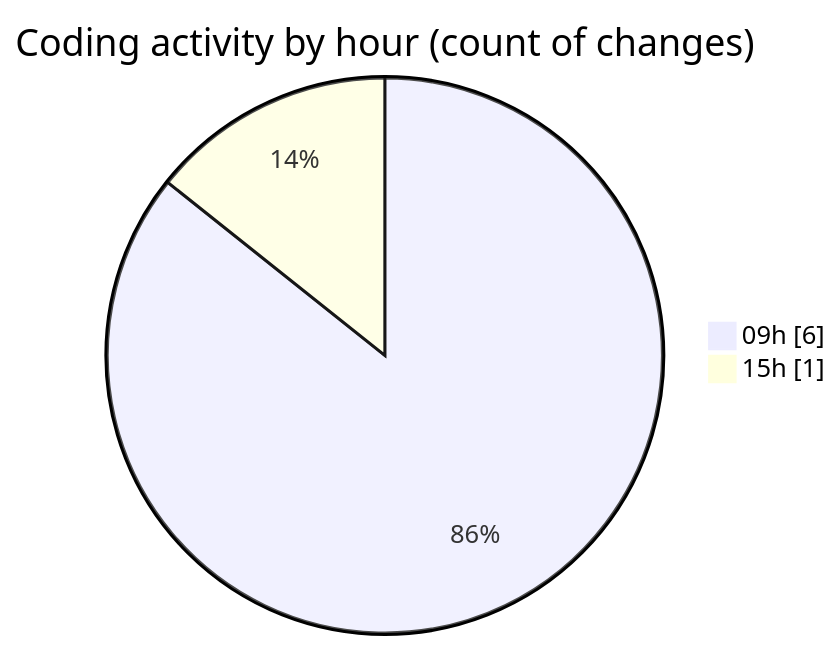
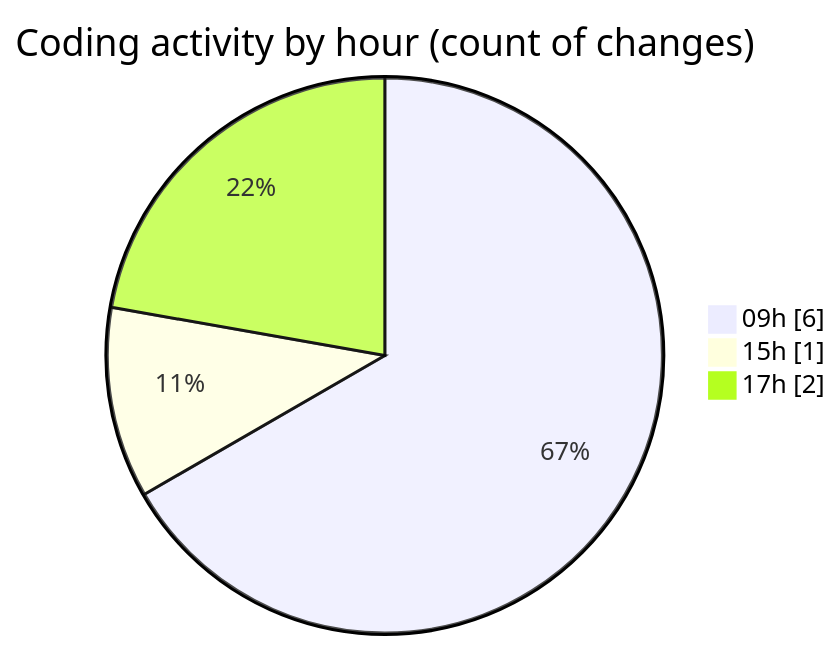
The second of 2 diagrams in 2026-04-07/cda/README.md (momahboobian/code-tracking), drawn with Mermaid before and after one commit. The commit also changed other lines of this file and 1 other file, not shown here.

````diff
--- a/2026-04-07/cda/README.md
+++ b/2026-04-07/cda/README.md
@@ -33,6 +35,7 @@
 ```mermaid
 pie showData
 title Coding activity by hour (count of changes)
 "09h" : 6
 "15h" : 1
+"17h" : 2
 ```
````
